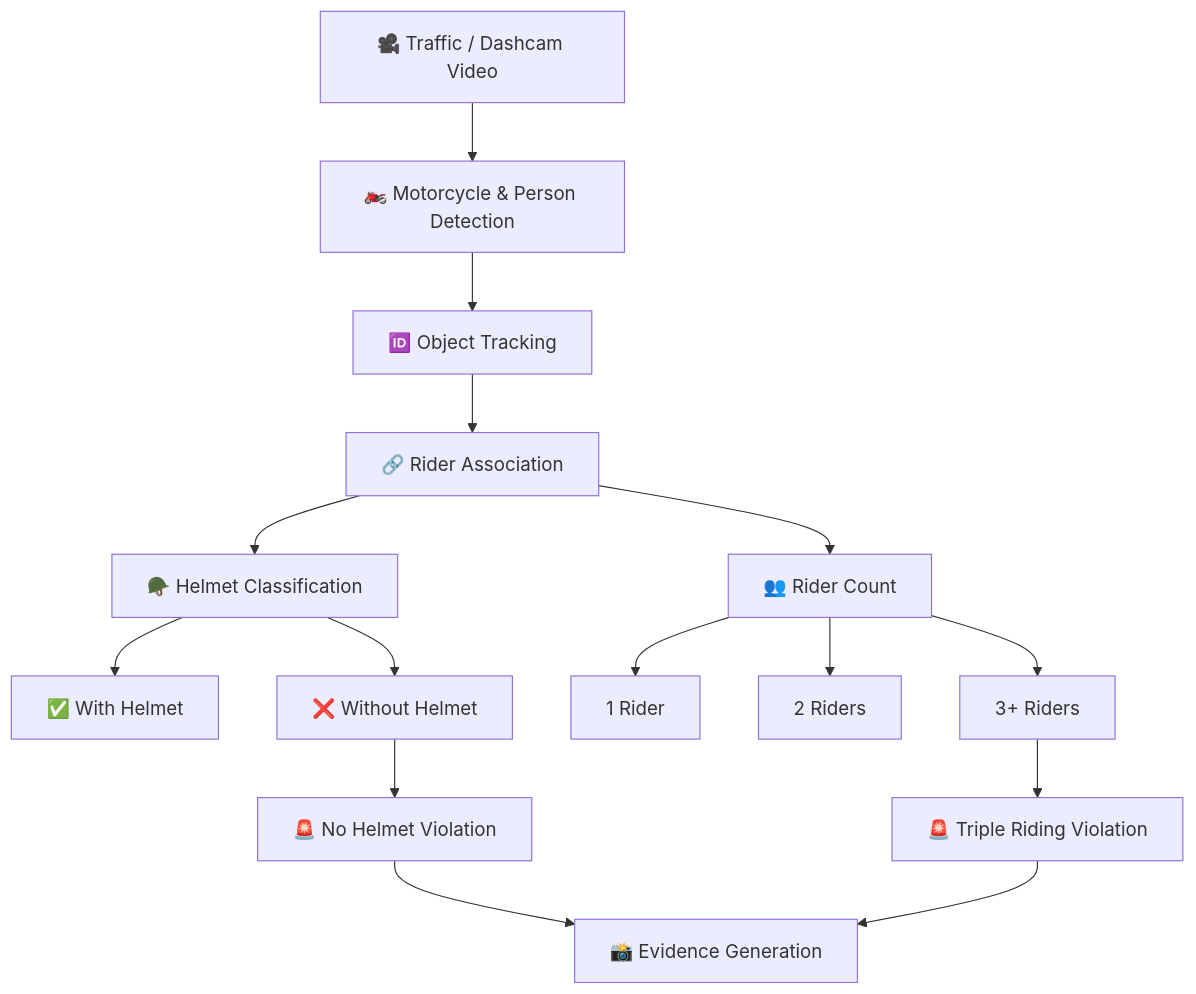
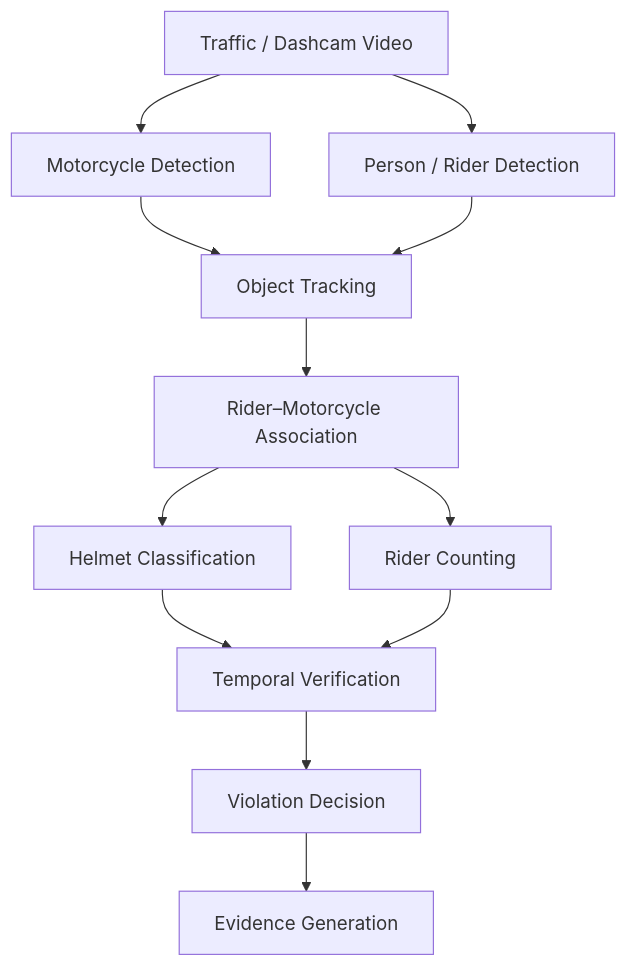
The diagram in README.md (srinivasgopisetty/MOTIVE), drawn with Mermaid before and after one commit. The commit also changed other lines of this file and 4 other files, not shown here.

Commit message:
Add pose-assisted rider association and tracking

````diff
--- a/README.md
+++ b/README.md
@@ -44,20 +39,17 @@
 ```mermaid
 flowchart TD
-    A["🎥 Traffic / Dashcam Video"] --> B["🏍️ Motorcycle & Person Detection"]
-    B --> C["🆔 Object Tracking"]
-    C --> D["🔗 Rider Association"]
+    A["Traffic / Dashcam Video"] --> B["Motorcycle Detection"]
+    A --> C["Person / Rider Detection"]
+    B --> D["Object Tracking"]
+    C --> D
+    D --> E["Rider–Motorcycle Association"]
 
-    D --> E["🪖 Helmet Classification"]
-    E --> F["✅ With Helmet"]
-    E --> G["❌ Without Helmet"]
-    G --> H["🚨 No Helmet Violation"]
+    E --> F["Helmet Classification"]
+    E --> G["Rider Counting"]
 
-    D --> I["👥 Rider Count"]
-    I --> J["1 Rider"]
-    I --> K["2 Riders"]
-    I --> L["3+ Riders"]
-    L --> M["🚨 Triple Riding Violation"]
+    F --> H["Temporal Verification"]
+    G --> H
 
-    H --> N["📸 Evidence Generation"]
-    M --> N
+    H --> I["Violation Decision"]
+    I --> J["Evidence Generation"]
 ```
````
